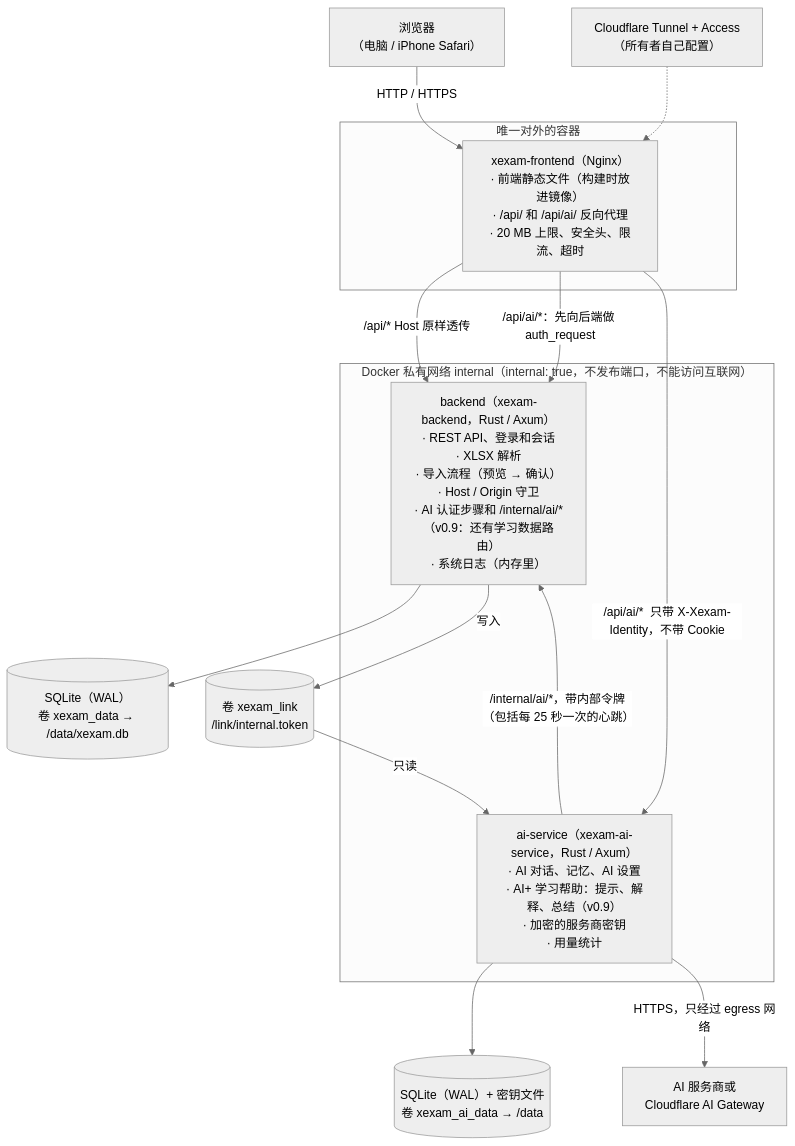
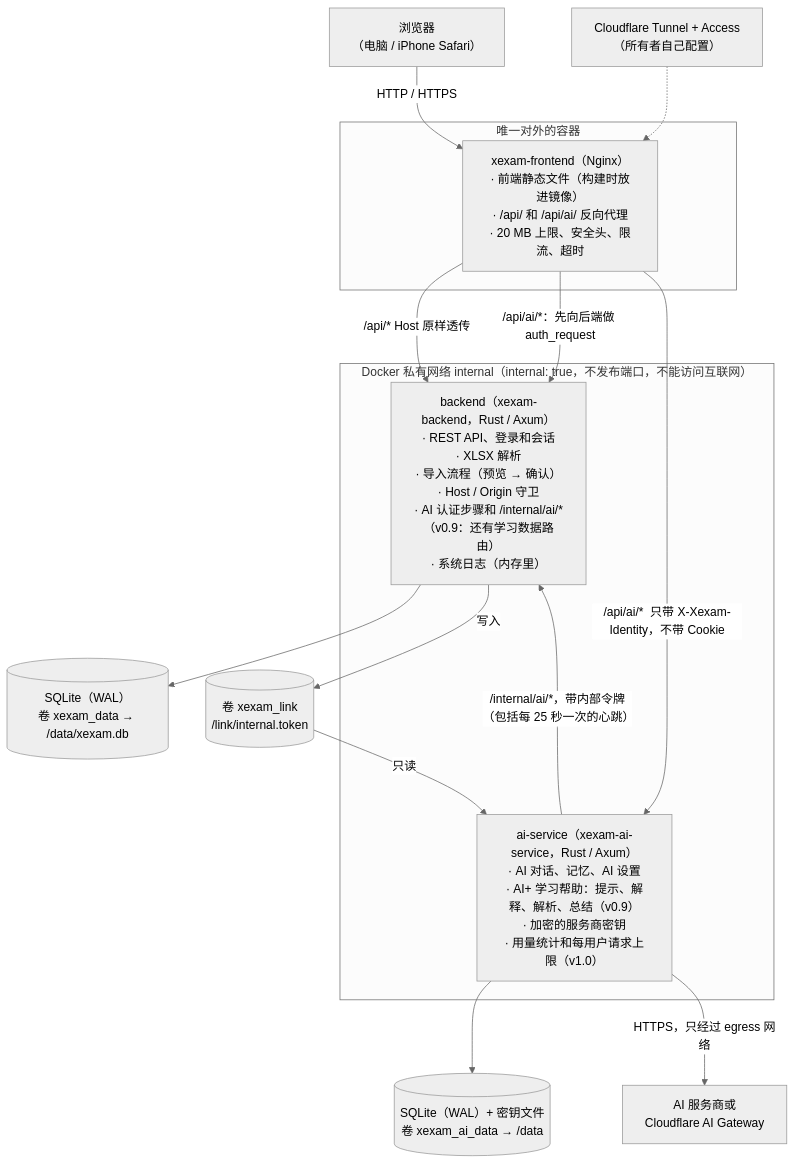
The first of 8 diagrams in docs/zh-CN/architecture.md (Yumin-Space/xexam), drawn with Mermaid (neutral theme) before and after one commit. The commit also changed other lines of this file and 278 other files, not shown here.

````diff
--- a/docs/zh-CN/architecture.md
+++ b/docs/zh-CN/architecture.md
@@ -10,21 +10,21 @@
 ```mermaid
 flowchart TB
     U["浏览器<br/>（电脑 / iPhone Safari）"] -->|"HTTP / HTTPS"| N
     subgraph pub["唯一对外的容器"]
         N["xexam-frontend（Nginx）<br/>· 前端静态文件（构建时放进镜像）<br/>· /api/ 和 /api/ai/ 反向代理<br/>· 20 MB 上限、安全头、限流、超时"]
     end
     subgraph priv["Docker 私有网络 internal（internal: true，不发布端口，不能访问互联网）"]
         B["backend（xexam-backend，Rust / Axum）<br/>· REST API、登录和会话<br/>· XLSX 解析<br/>· 导入流程（预览 → 确认）<br/>· Host / Origin 守卫<br/>· AI 认证步骤和 /internal/ai/*（v0.9：还有学习数据路由）<br/>· 系统日志（内存里）"]
-        A["ai-service（xexam-ai-service，Rust / Axum）<br/>· AI 对话、记忆、AI 设置<br/>· AI+ 学习帮助：提示、解释、总结（v0.9）<br/>· 加密的服务商密钥<br/>· 用量统计"]
+        A["ai-service（xexam-ai-service，Rust / Axum）<br/>· AI 对话、记忆、AI 设置<br/>· AI+ 学习帮助：提示、解释、解析、总结（v0.9）<br/>· 加密的服务商密钥<br/>· 用量统计和每用户请求上限（v1.0）"]
     end
     N -->|"/api/*  Host 原样透传"| B
     N -->|"/api/ai/*：先向后端做 auth_request"| B
     N -->|"/api/ai/*  只带 X-Xexam-Identity，不带 Cookie"| A
     A -->|"/internal/ai/*，带内部令牌<br/>（包括每 25 秒一次的心跳）"| B
     B --> D[("SQLite（WAL）<br/>卷 xexam_data → /data/xexam.db")]
     A --> AD[("SQLite（WAL）+ 密钥文件<br/>卷 xexam_ai_data → /data")]
     B -->|"写入"| L[("卷 xexam_link<br/>/link/internal.token")]
     L -->|"只读"| A
     A -->|"HTTPS，只经过 egress 网络"| P["AI 服务商或<br/>Cloudflare AI Gateway"]
     CF["Cloudflare Tunnel + Access<br/>（所有者自己配置）"] -.-> N
 ```
````
